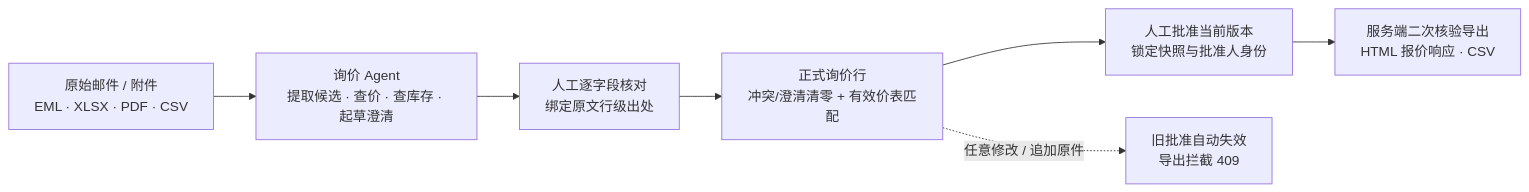
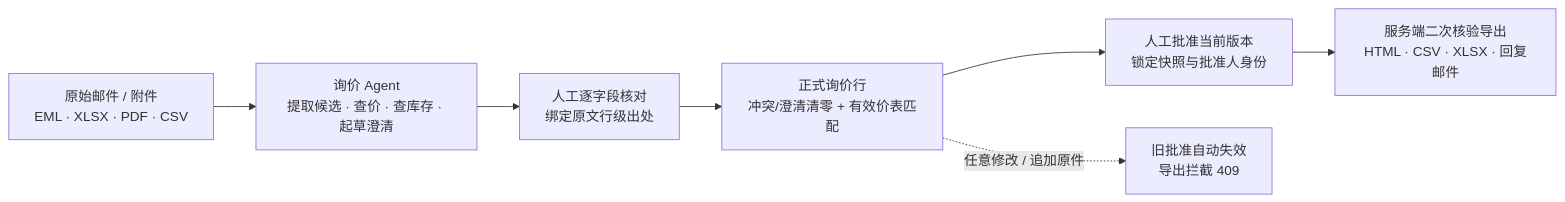
The diagram in README.md (1Beyond1/rfq-desk), drawn with Mermaid before and after one commit. The commit also changed other lines of this file and 1 other file, not shown here.

````diff
--- a/README.md
+++ b/README.md
@@ -42,9 +46,9 @@
 ```mermaid
 flowchart LR
     A[原始邮件 / 附件<br/>EML · XLSX · PDF · CSV] --> B[询价 Agent<br/>提取候选 · 查价 · 查库存 · 起草澄清]
     B --> C[人工逐字段核对<br/>绑定原文行级出处]
     C --> D[正式询价行<br/>冲突/澄清清零 + 有效价表匹配]
     D --> E[人工批准当前版本<br/>锁定快照与批准人身份]
-    E --> F[服务端二次核验导出<br/>HTML 报价响应 · CSV]
+    E --> F[服务端二次核验导出<br/>HTML · CSV · XLSX · 回复邮件]
     D -. 任意修改 / 追加原件 .-> G[旧批准自动失效<br/>导出拦截 409]
 ```
````
